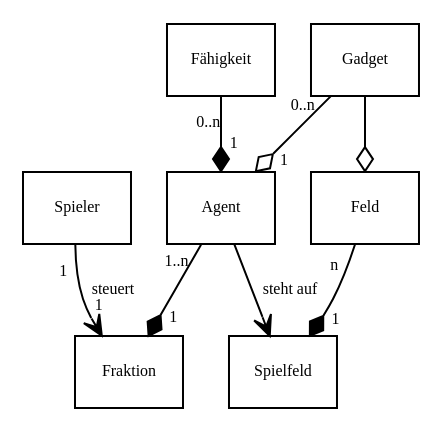
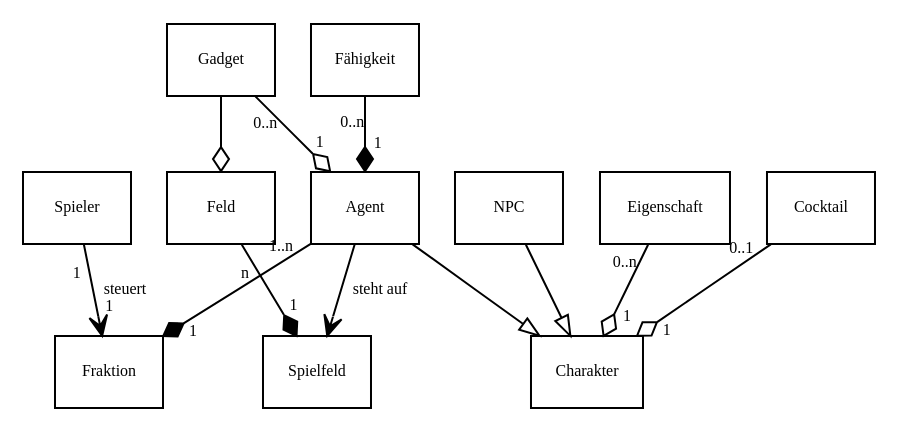
One commit to SoPra-Team-17/Meilensteine changed the diagram in Meilenstein01/diagrams/domainmodel.dot. Above: the diagram before and after it, drawn with Graphviz. The commit also changed 2 other files, not shown here.

```diff
--- a/Meilenstein01/diagrams/domainmodel.dot
+++ b/Meilenstein01/diagrams/domainmodel.dot
@@ -1,70 +1,84 @@
 digraph G {
     // General Layout
     fontname = "Bitstream Vera Sans"
     fontsize = 8
 
     node [
         fontname = "Bitstream Vera Sans"
         fontsize = 8
         shape = "record"
     ]
 
     edge [
         fontname = "Bitstream Vera Sans"
         fontsize = 8
         arrowhead = "onormal"
         labeldistance = 1.5
     ]
 
     // Classes
     Spieler
     Spielfeld
     Feld
+    Charakter
     Agent
+    NPC
     Gadget
     Fähigkeit
     Fraktion
+    Eigenschaft
+    Cocktail
 
     // Inheritance
+    Agent -> Charakter
+    NPC -> Charakter
 
     // Aggregations
     edge [
         arrowhead = "odiamond"
     ]
     Gadget -> Agent [
         taillabel = "0..n"
         headlabel = "1"
     ]
     Gadget -> Feld
+    Eigenschaft -> Charakter [
+        taillabel = "0..n"
+        headlabel = "1"
+    ]
+    Cocktail -> Charakter [
+        taillabel = "0..1"
+        headlabel = "1"
+    ]
 
     // Compositions
     edge [
         arrowhead = "diamond"
     ]
     Feld -> Spielfeld [
         headlabel = "1"
         taillabel = "n"
     ]
     Agent -> Fraktion [
         taillabel = "1..n"
         headlabel = "1"
     ]
     Fähigkeit -> Agent [
         taillabel = "0..n"
         headlabel = "1"
     ]
 
     // Normal Arrows
     edge [
         arrowhead = "vee"
     ]
     Agent -> Spielfeld [
         label = "steht auf"
     ]
 
     Spieler -> Fraktion [
         label = "steuert"
         taillabel = "1"
         headlabel = "1"
     ]
 }
```
